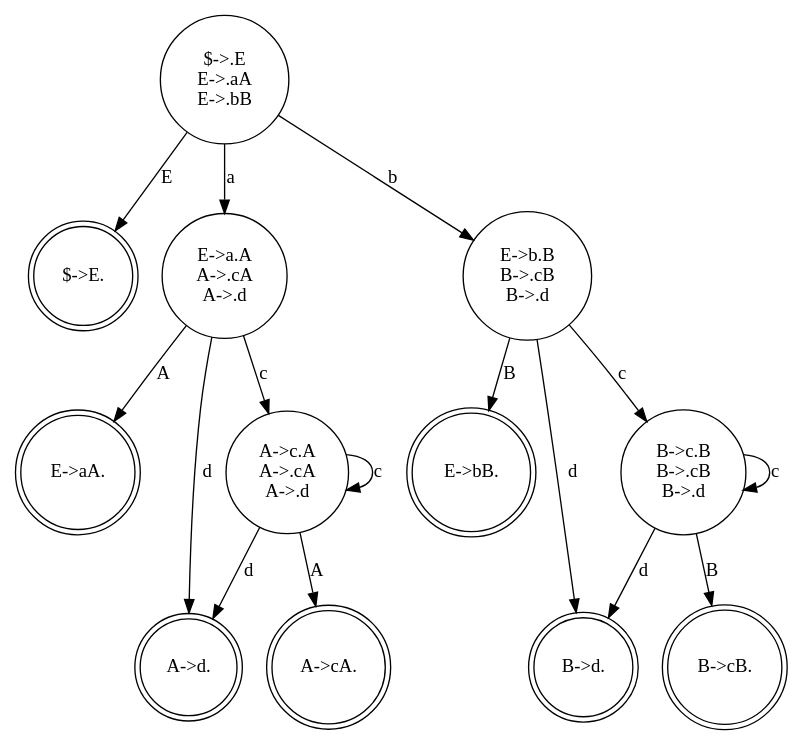
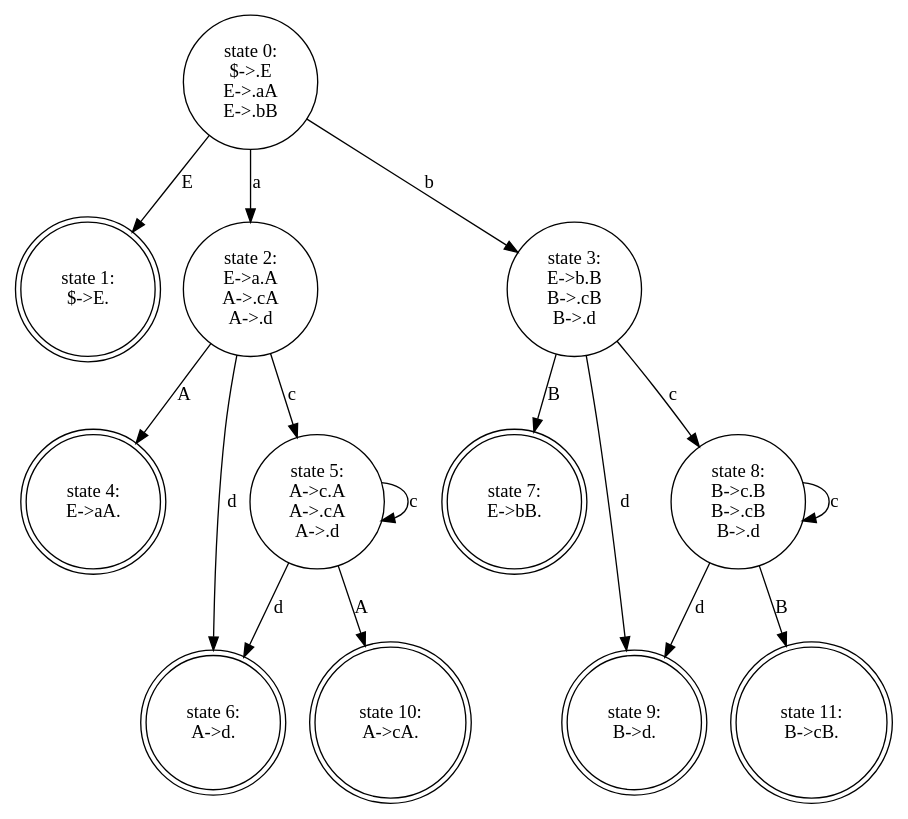
One commit to wzwmjjb/lr0 changed the diagram in test_output/test_data0_dfa.gv. Above: the diagram before and after it, drawn with Graphviz. The commit also changed 8 other files, not shown here.

Commit message:
add the state index of dfa graph

```diff
--- a/test_output/test_data0_dfa.gv
+++ b/test_output/test_data0_dfa.gv
@@ -1,40 +1,52 @@
 // The Round Table
 digraph {
-	0 [label="$->.E
+	0 [label="state 0:
+$->.E
 E->.aA
 E->.bB" shape=circle]
-	1 [label="$->E." shape=doublecircle]
-	2 [label="E->a.A
+	1 [label="state 1:
+$->E." shape=doublecircle]
+	2 [label="state 2:
+E->a.A
 A->.cA
 A->.d" shape=circle]
-	3 [label="E->b.B
+	3 [label="state 3:
+E->b.B
 B->.cB
 B->.d" shape=circle]
-	4 [label="E->aA." shape=doublecircle]
-	5 [label="A->c.A
+	4 [label="state 4:
+E->aA." shape=doublecircle]
+	5 [label="state 5:
+A->c.A
 A->.cA
 A->.d" shape=circle]
-	6 [label="A->d." shape=doublecircle]
-	7 [label="E->bB." shape=doublecircle]
-	8 [label="B->c.B
+	6 [label="state 6:
+A->d." shape=doublecircle]
+	7 [label="state 7:
+E->bB." shape=doublecircle]
+	8 [label="state 8:
+B->c.B
 B->.cB
 B->.d" shape=circle]
-	9 [label="B->d." shape=doublecircle]
-	10 [label="A->cA." shape=doublecircle]
-	11 [label="B->cB." shape=doublecircle]
+	9 [label="state 9:
+B->d." shape=doublecircle]
+	10 [label="state 10:
+A->cA." shape=doublecircle]
+	11 [label="state 11:
+B->cB." shape=doublecircle]
 	0 -> 1 [label=E]
 	0 -> 2 [label=a]
 	0 -> 3 [label=b]
 	2 -> 4 [label=A]
 	2 -> 5 [label=c]
 	2 -> 6 [label=d]
 	3 -> 7 [label=B]
 	3 -> 8 [label=c]
 	3 -> 9 [label=d]
 	5 -> 10 [label=A]
 	5 -> 5 [label=c]
 	5 -> 6 [label=d]
 	8 -> 11 [label=B]
 	8 -> 8 [label=c]
 	8 -> 9 [label=d]
 }
```
